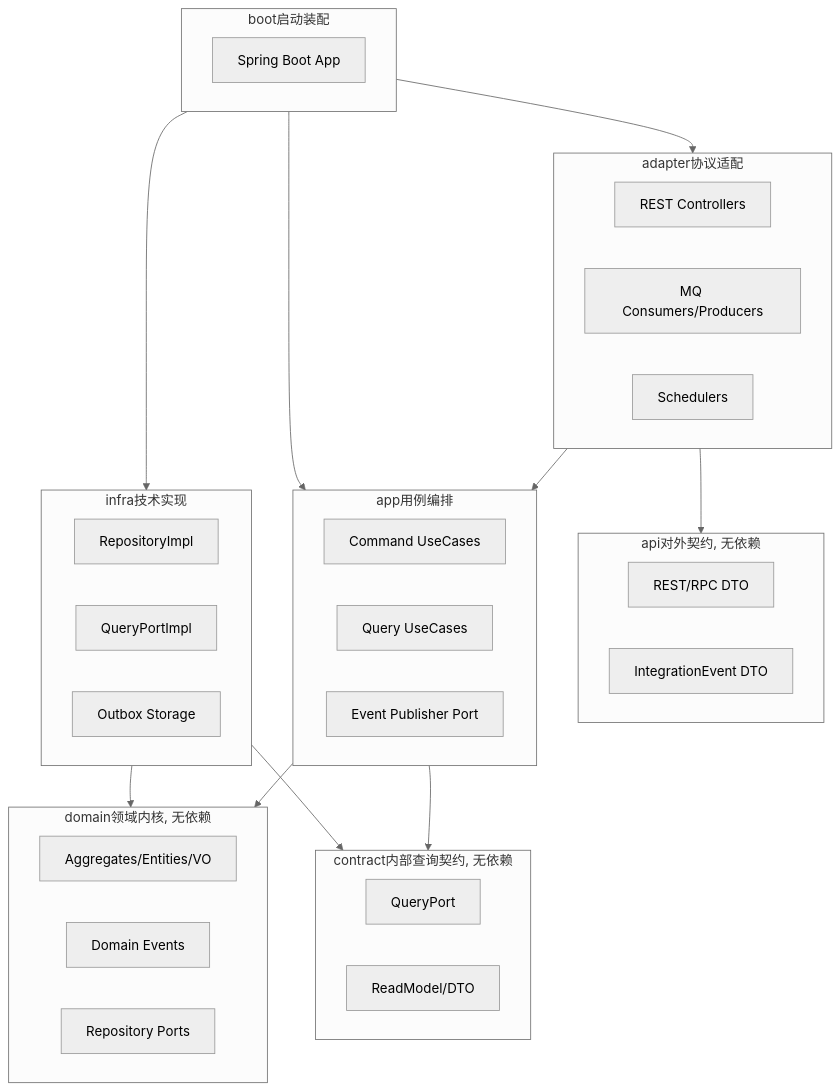
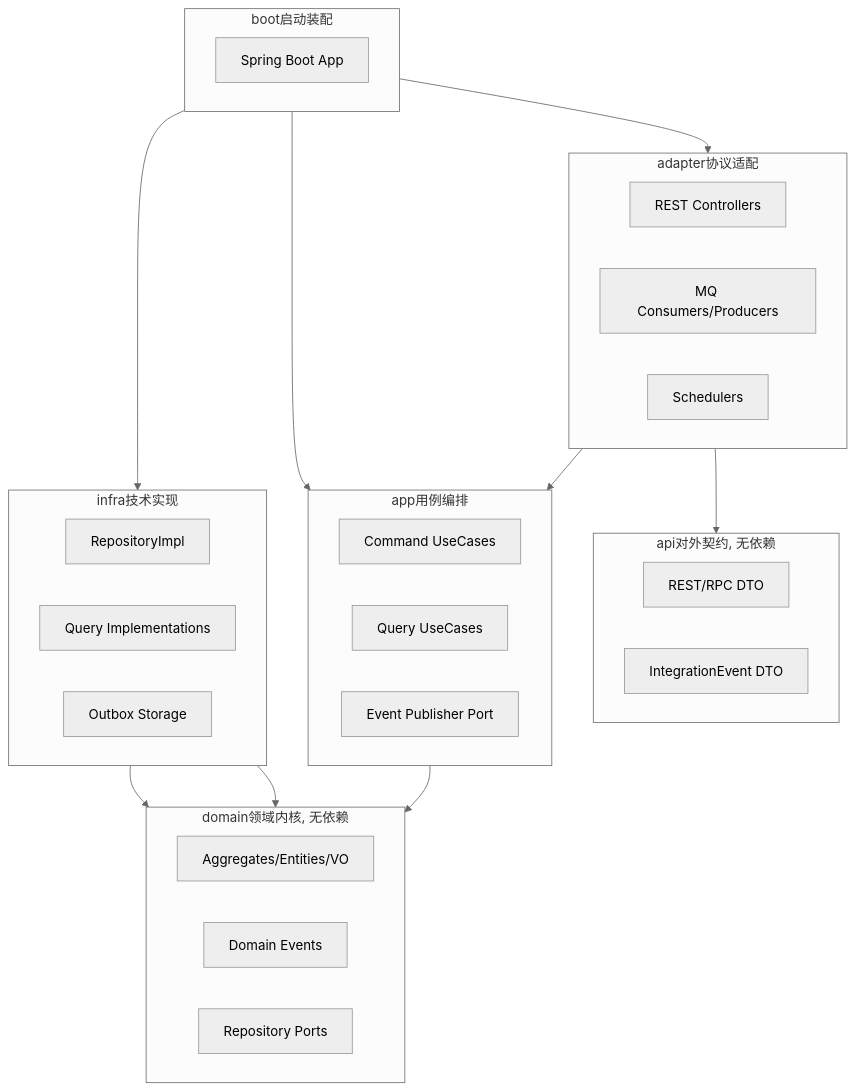
The first of 4 diagrams in patra-api/patra-ingest/readme.md (linqibin0826/patra), drawn with Mermaid (neutral theme) before and after one commit. The commit also changed other lines of this file and 71 other files, not shown here.

````diff
--- a/patra-api/patra-ingest/readme.md
+++ b/patra-api/patra-ingest/readme.md
@@ -212,56 +188,51 @@
 ```mermaid
 flowchart TD
 %% 约定：A --> B 表示 A 依赖 B（编译期依赖）
 
 subgraph API[api对外契约, 无依赖]
 API1[REST/RPC DTO]
 API2[IntegrationEvent DTO]
 end
 
-subgraph CONTRACT[contract内部查询契约, 无依赖]
-C1[QueryPort]
-C2[ReadModel/DTO]
-end
 
 subgraph DOMAIN[domain领域内核, 无依赖]
 D1[Aggregates/Entities/VO]
 D2[Domain Events]
 D3[Repository Ports]
 end
 
 subgraph APP[app用例编排]
 P1[Command UseCases]
 P2[Query UseCases]
 P3[Event Publisher Port]
 end
 
 subgraph INFRA[infra技术实现]
 I1[RepositoryImpl]
-I2[QueryPortImpl]
+I2[Query Implementations]
 I3[Outbox Storage]
 end
 
 subgraph ADAPTER[adapter协议适配]
 A1[REST Controllers]
 A2[MQ Consumers/Producers]
 A3[Schedulers]
 end
 
 subgraph BOOT[boot启动装配]
 B1[Spring Boot App]
 end
 
 %% 依赖边（A 依赖 B）
 ADAPTER --> APP
 ADAPTER --> API
 
 APP --> DOMAIN
-APP --> CONTRACT
-
 INFRA --> DOMAIN
-INFRA --> CONTRACT
+ 
+INFRA --> DOMAIN
 
 BOOT --> ADAPTER
 BOOT --> APP
 BOOT --> INFRA
 ```
````
